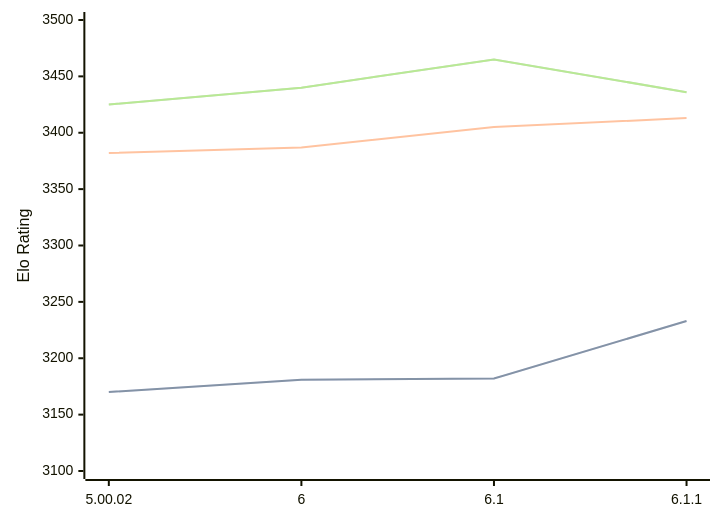
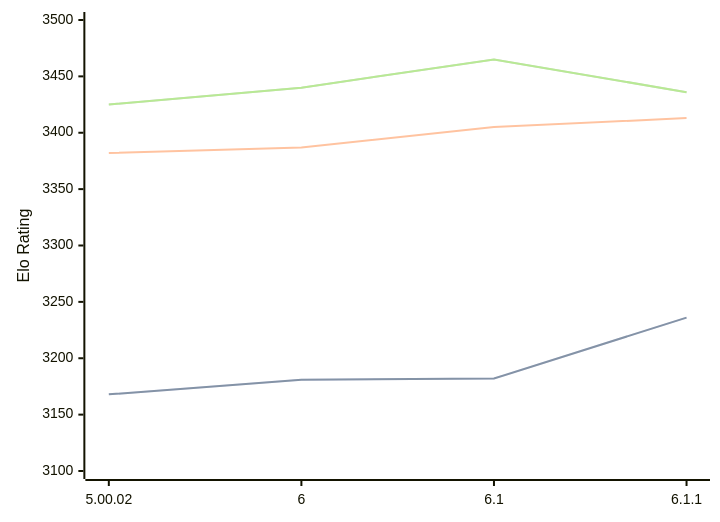
Before and after one commit to computer-chess-index/cci: the diagram in engines/Zangdar.md, drawn with Mermaid. The commit also changed other lines of this file, not shown here.

````diff
--- a/engines/Zangdar.md
+++ b/engines/Zangdar.md
@@ -46,11 +46,11 @@
 ```mermaid
 %%{init: {"theme":"base","themeVariables":{"seriesColors:['#a3a3a3','#222221','#faa371']}}}%%
 xychart-beta
   x-axis ["5.00.02", "6", "6.1", "6.1.1"]
   y-axis "Elo Rating" 3100 --> 3500
-  line "STC (8.0+0.08s)" [3170, 3181, 3182, 3233]
-  line "STC (8.0+0.08s)" [3170, 3181, 3182, 3233]
+  line "STC (8.0+0.08s)" [3168, 3181, 3182, 3236]
+  line "STC (8.0+0.08s)" [3168, 3181, 3182, 3236]
   line "LTC (60.0+0.60s)" [3382, 3387, 3405, 3413]
   line "VLTC (2m24s+1.12s)" [3425, 3440, 3465, 3436]
   line "VLTC (2m24s+1.12s)" [3425, 3440, 3465, 3436]
 ```
````
